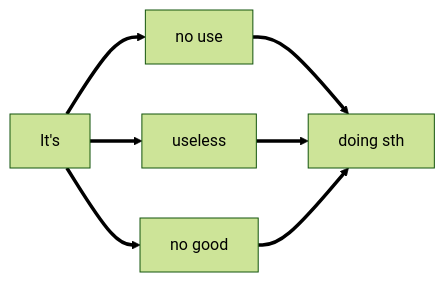
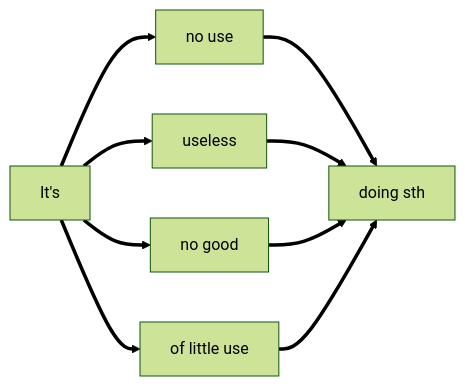
One commit to fuutianyii/english changed the third of 7 diagrams in 非谓语动词/非谓语动词总结.md. Above: the diagram before and after it, drawn with Mermaid (forest theme). The commit also changed other lines of this file, not shown here.

````diff
--- a/非谓语动词/非谓语动词总结.md
+++ b/非谓语动词/非谓语动词总结.md
@@ -109,11 +121,13 @@
 ```mermaid
 graph LR
 
 A[It's] ==> B[no use]
 A[It's] ==> C[useless]
 A[It's] ==> D[no good]
-E[doing sth]
-B ==> E
-C ==> E
-D ==> E
+A[It's] ==> E[of little use]
+F[doing sth]
+B ==> F
+C ==> F
+D ==> F
+E ==> F
 ```
````
